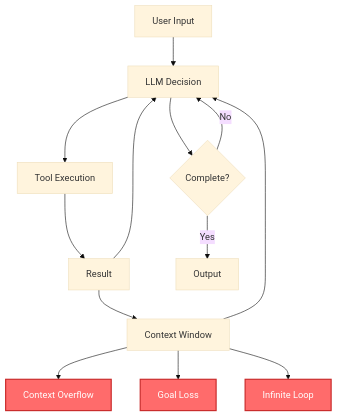
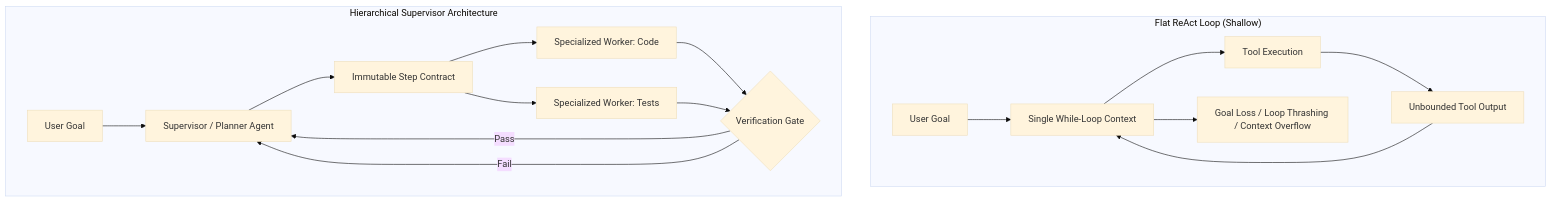
The first of 2 diagrams in _posts/2025/11/2025-11-16-multi-agent-systems.md (akillness/akillness.github.io), drawn with Mermaid (base theme) before and after one commit. The commit also changed other lines of this file and 1 other file, not shown here.

Commit message:
archive(dev): rebuild multi-agent-systems from 2025-11 note

````diff
--- a/_posts/2025/11/2025-11-16-multi-agent-systems.md
+++ b/_posts/2025/11/2025-11-16-multi-agent-systems.md
@@ -54,20 +29,20 @@
 ```mermaid
-graph TB
-    A[User Input] --> B[LLM Decision]
-    B --> C[Tool Execution]
-    C --> D[Result]
-    D --> B
-    B --> E{Complete?}
-    E -->|No| B
-    E -->|Yes| F[Output]
+flowchart TD
+    subgraph FlatLoop["Flat ReAct Loop (Shallow)"]
+        User1[User Goal] --> Loop[Single While-Loop Context]
+        Loop --> Tool[Tool Execution]
+        Tool --> Observations[Unbounded Tool Output]
+        Observations --> Loop
+        Loop --> Drift[Goal Loss / Loop Thrashing / Context Overflow]
+    end
 
-    G[Context Window] --> B
-    D --> G
-    G --> H[Context Overflow]
-    G --> I[Goal Loss]
-    G --> J[Infinite Loop]
-
-    style H fill:#ff6b6b,stroke:#c92a2a,stroke-width:2px,color:#fff
-    style I fill:#ff6b6b,stroke:#c92a2a,stroke-width:2px,color:#fff
-    style J fill:#ff6b6b,stroke:#c92a2a,stroke-width:2px,color:#fff
+    subgraph Hierarchical["Hierarchical Supervisor Architecture"]
+        User2[User Goal] --> Planner[Supervisor / Planner Agent]
+        Planner --> Contract[Immutable Step Contract]
+        Contract --> Worker1[Specialized Worker: Code]
+        Contract --> Worker2[Specialized Worker: Tests]
+        Worker1 & Worker2 --> Verifier{Verification Gate}
+        Verifier -- Pass --> Planner
+        Verifier -- Fail --> Planner
+    end
 ```
````
